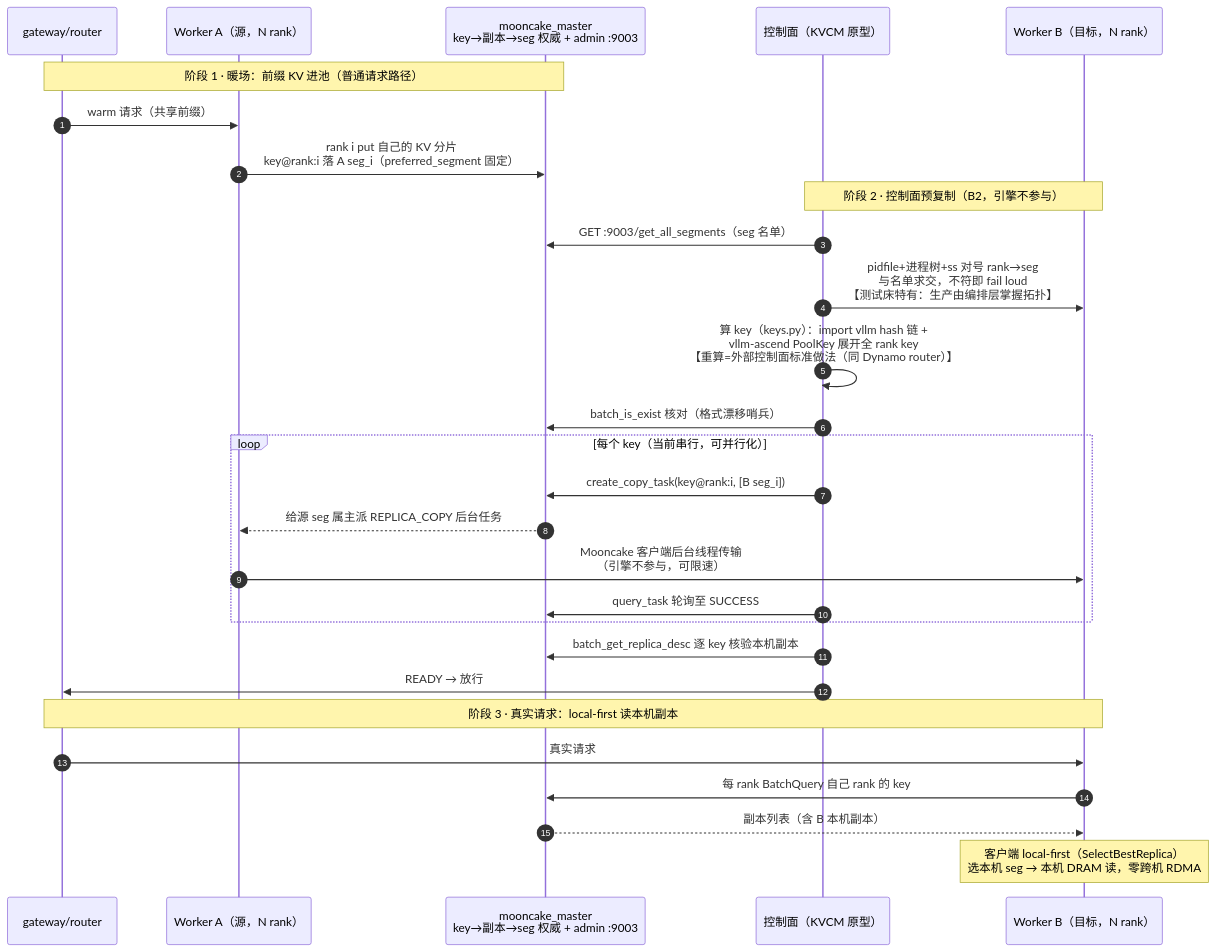
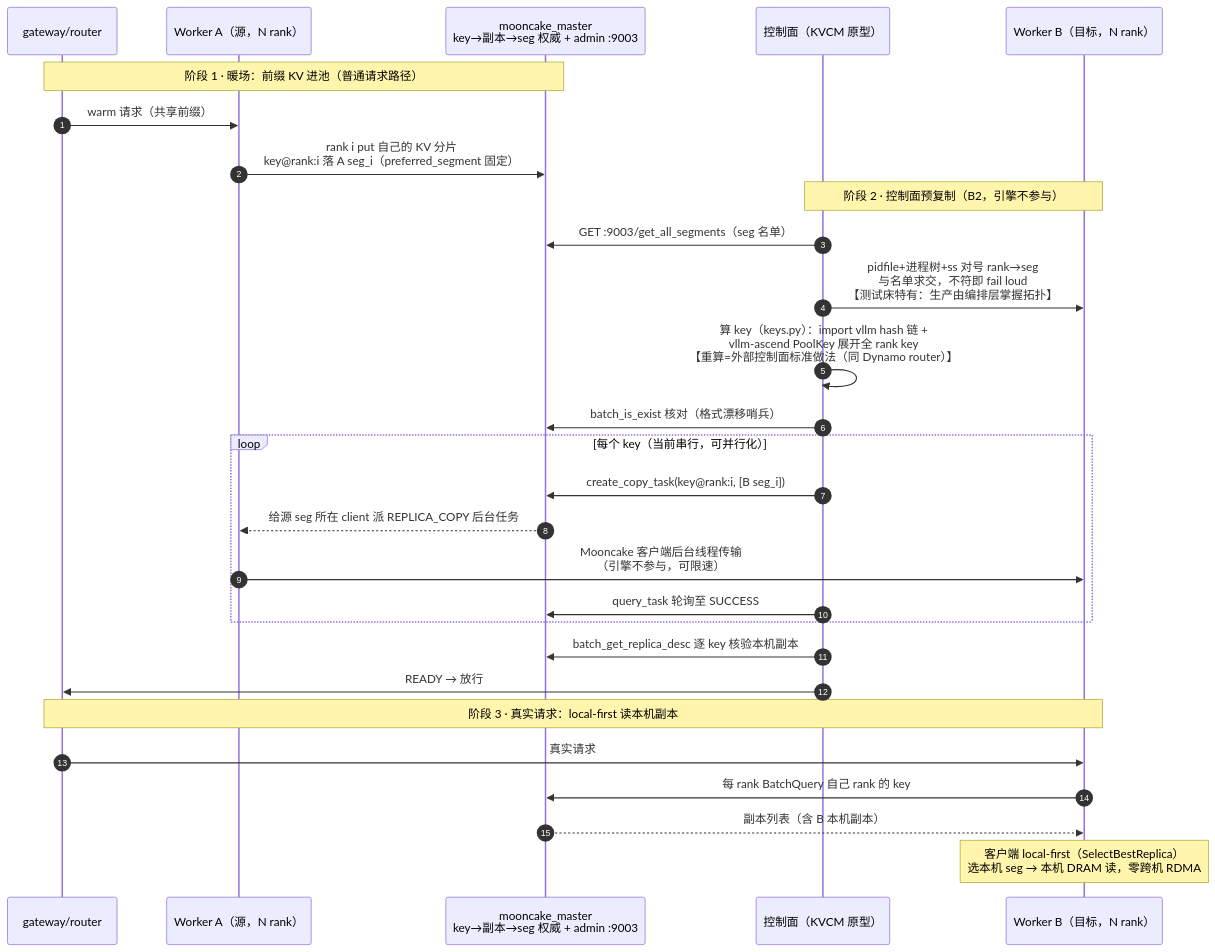
The first of 2 diagrams in kvcm/README.md (5x8-40/lake), drawn with Mermaid before and after one commit. The commit also changed other lines of this file and 6 other files, not shown here.

````diff
--- a/kvcm/README.md
+++ b/kvcm/README.md
@@ -192,33 +192,33 @@
 ```mermaid
 sequenceDiagram
     autonumber
     participant G as gateway/router
     participant A as Worker A（源，N rank）
     participant M as mooncake_master<br/>key→副本→seg 权威 + admin :9003
     participant CP as 控制面（KVCM 原型）
     participant B as Worker B（目标，N rank）
 
     Note over G,M: 阶段 1 · 暖场：前缀 KV 进池（普通请求路径）
     G->>A: warm 请求（共享前缀）
     A->>M: rank i put 自己的 KV 分片<br/>key@rank:i 落 A seg_i（preferred_segment 固定）
 
     Note over CP,B: 阶段 2 · 控制面预复制（B2，引擎不参与）
     CP->>M: GET :9003/get_all_segments（seg 名单）
     CP->>B: pidfile+进程树+ss 对号 rank→seg<br/>与名单求交，不符即 fail loud<br/>【测试床特有：生产由编排层掌握拓扑】
     CP->>CP: 算 key（keys.py）：import vllm hash 链 +<br/>vllm-ascend PoolKey 展开全 rank key<br/>【重算=外部控制面标准做法（同 Dynamo router）】
     CP->>M: batch_is_exist 核对（格式漂移哨兵）
     loop 每个 key（当前串行，可并行化）
         CP->>M: create_copy_task(key@rank:i, [B seg_i])
-        M-->>A: 给源 seg 属主派 REPLICA_COPY 后台任务
+        M-->>A: 给源 seg 所在 client 派 REPLICA_COPY 后台任务
         A->>B: Mooncake 客户端后台线程传输<br/>（引擎不参与，可限速）
         CP->>M: query_task 轮询至 SUCCESS
     end
     CP->>M: batch_get_replica_desc 逐 key 核验本机副本
     CP->>G: READY → 放行
 
     Note over G,B: 阶段 3 · 真实请求：local-first 读本机副本
     G->>B: 真实请求
     B->>M: 每 rank BatchQuery 自己 rank 的 key
     M-->>B: 副本列表（含 B 本机副本）
     Note over B: 客户端 local-first（SelectBestReplica）<br/>选本机 seg → 本机 DRAM 读，零跨机 RDMA
 ```
````
